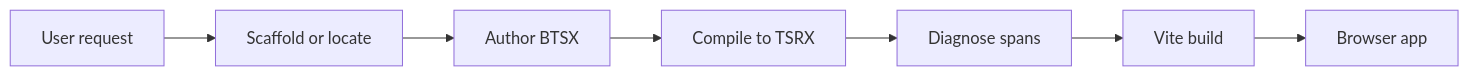
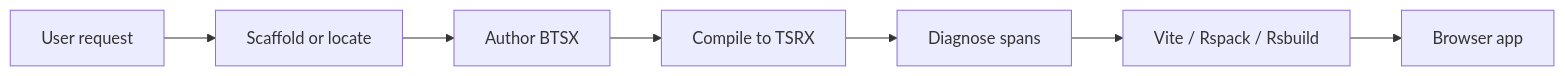
One commit to phtn/compelling changed the diagram in .agents/skills/beast/README.md. Above: the diagram before and after it, drawn with Mermaid. The commit also changed other lines of this file and 35 other files, not shown here.

````diff
--- a/.agents/skills/beast/README.md
+++ b/.agents/skills/beast/README.md
@@ -66,9 +68,9 @@
 ```mermaid
 flowchart LR
     A[User request] --> B[Scaffold or locate]
     B --> C[Author BTSX]
     C --> D[Compile to TSRX]
     D --> E[Diagnose spans]
-    E --> F[Vite build]
+    E --> F[Vite / Rspack / Rsbuild]
     F --> G[Browser app]
 ```
````
